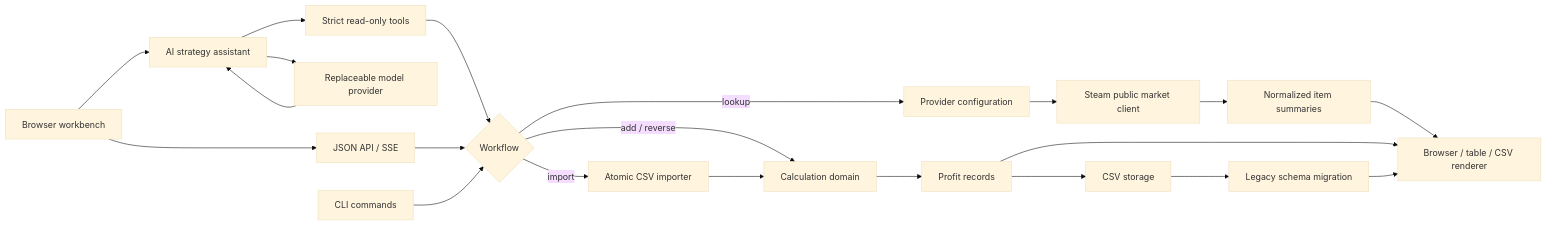
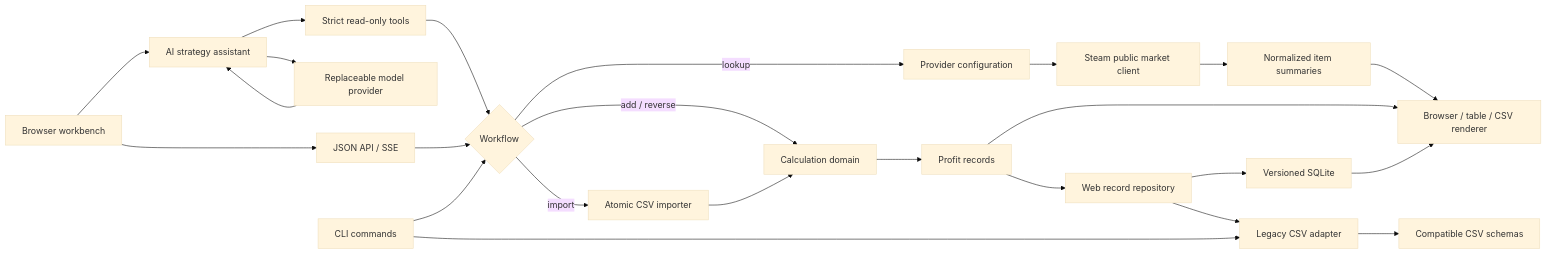
One commit to NoireOffical/steam-profit-calculator changed the diagram in README.md. Above: the diagram before and after it, drawn with Mermaid (base theme). The commit also changed other lines of this file and 24 other files, not shown here.

Commit message:
feat: upgrade web record storage

````diff
--- a/README.md
+++ b/README.md
@@ -34,25 +37,28 @@
 ```mermaid
 flowchart LR
     W["Browser workbench"] --> A["JSON API / SSE"]
     W --> M["AI strategy assistant"]
     M --> P["Replaceable model provider"]
     P --> M
     M --> T["Strict read-only tools"]
     T --> B
     A --> B{"Workflow"}
     L["CLI commands"] --> B
     B -->|"lookup"| C["Provider configuration"]
     C --> D["Steam public market client"]
     D --> E["Normalized item summaries"]
 
     B -->|"add / reverse"| F["Calculation domain"]
     B -->|"import"| G["Atomic CSV importer"]
     G --> F
     F --> H["Profit records"]
 
-    H --> I["CSV storage"]
-    I --> J["Legacy schema migration"]
+    H --> R["Web record repository"]
+    R --> I["Versioned SQLite"]
+    R --> J["Legacy CSV adapter"]
+    L --> J
+    J --> Q["Compatible CSV schemas"]
     E --> K["Browser / table / CSV renderer"]
     H --> K
-    J --> K
+    I --> K
 ```
````
